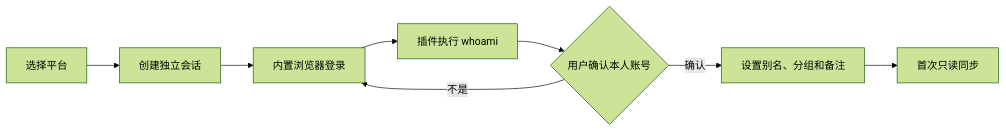
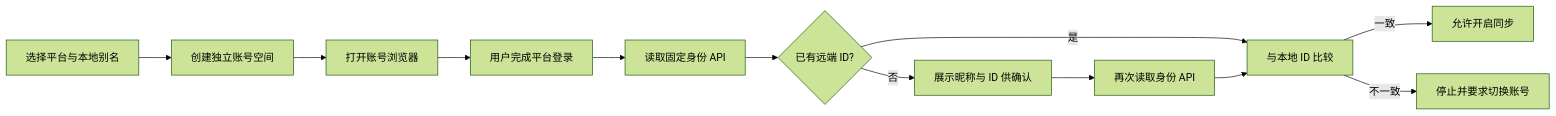
The diagram in docs/interface-and-feature-design.md (nzmxd/streamfold), drawn with Mermaid (forest theme) before and after one commit. The commit also changed other lines of this file and 71 other files, not shown here.

````diff
--- a/docs/interface-and-feature-design.md
+++ b/docs/interface-and-feature-design.md
@@ -111,10 +109,14 @@
 ```mermaid
 flowchart LR
-    A[选择平台] --> B[创建独立会话]
-    B --> C[内置浏览器登录]
-    C --> D[插件执行 whoami]
-    D --> E{用户确认本人账号}
-    E -->|确认| F[设置别名、分组和备注]
-    E -->|不是| C
-    F --> G[首次只读同步]
+    A[选择平台与本地别名] --> B[创建独立账号空间]
+    B --> C[打开账号浏览器]
+    C --> D[用户完成平台登录]
+    D --> E[读取固定身份 API]
+    E --> F{已有远端 ID?}
+    F -->|否| G[展示昵称与 ID 供确认]
+    G --> H[再次读取身份 API]
+    F -->|是| I[与本地 ID 比较]
+    H --> I
+    I -->|一致| J[允许开启同步]
+    I -->|不一致| K[停止并要求切换账号]
 ```
````
